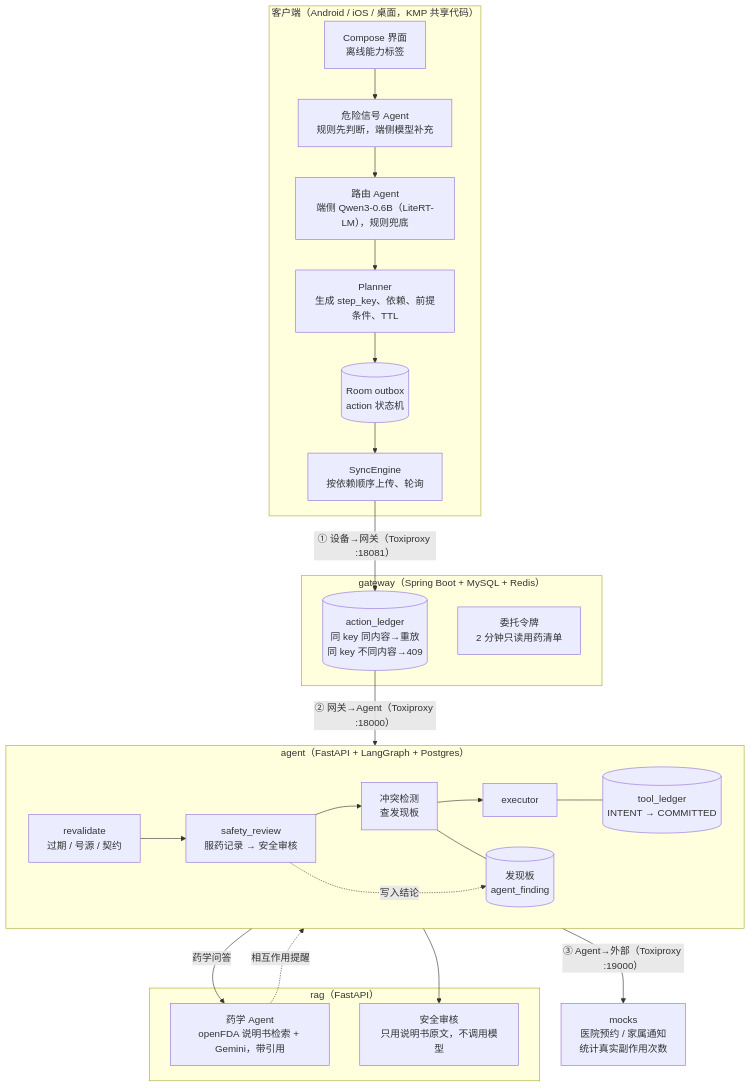
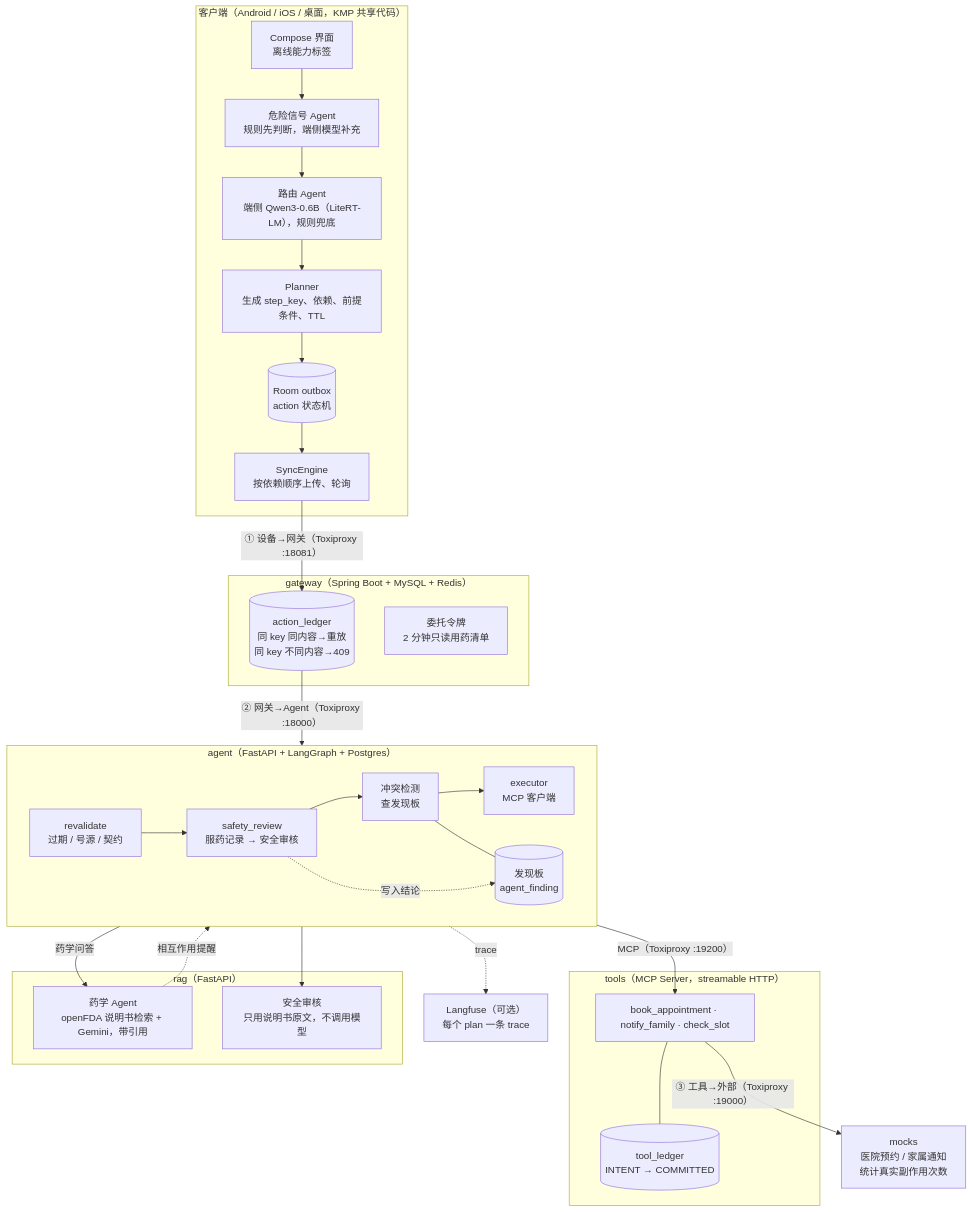
The first of 2 diagrams in docs/architecture.md (HongWangCheang/MedSync), drawn with Mermaid before and after one commit. The commit also changed other lines of this file and 22 other files, not shown here.

First line of the commit message:
executor 经 MCP 调用工具，只执行一次的保证放在工具服务；接入 Langfuse，每个 plan 一条 trace

````diff
--- a/docs/architecture.md
+++ b/docs/architecture.md
@@ -9,41 +9,49 @@
 ```mermaid
 flowchart TB
   subgraph Device["客户端（Android / iOS / 桌面，KMP 共享代码）"]
     UI["Compose 界面<br/>离线能力标签"]
     RF["危险信号 Agent<br/>规则先判断，端侧模型补充"]
     RT["路由 Agent<br/>端侧 Qwen3-0.6B（LiteRT-LM），规则兜底"]
     PL["Planner<br/>生成 step_key、依赖、前提条件、TTL"]
     OB[("Room outbox<br/>action 状态机")]
     SE["SyncEngine<br/>按依赖顺序上传、轮询"]
     UI --> RF --> RT --> PL --> OB --> SE
   end
 
   subgraph GW["gateway（Spring Boot + MySQL + Redis）"]
     AL[("action_ledger<br/>同 key 同内容→重放<br/>同 key 不同内容→409")]
     TK["委托令牌<br/>2 分钟只读用药清单"]
   end
 
   subgraph AG["agent（FastAPI + LangGraph + Postgres）"]
     direction LR
-    RV["revalidate<br/>过期 / 号源 / 契约"] --> SR["safety_review<br/>服药记录 → 安全审核"] --> CF["冲突检测<br/>查发现板"] --> EX["executor"]
-    TL[("tool_ledger<br/>INTENT → COMMITTED")]
+    RV["revalidate<br/>过期 / 号源 / 契约"] --> SR["safety_review<br/>服药记录 → 安全审核"] --> CF["冲突检测<br/>查发现板"] --> EX["executor<br/>MCP 客户端"]
     FB[("发现板<br/>agent_finding")]
-    EX --- TL
     CF --- FB
   end
+
+  subgraph TS["tools（MCP Server，streamable HTTP）"]
+    MT["book_appointment · notify_family · check_slot"]
+    TL[("tool_ledger<br/>INTENT → COMMITTED")]
+    MT --- TL
+  end
+
+  LF["Langfuse（可选）<br/>每个 plan 一条 trace"]
 
   subgraph RAG["rag（FastAPI）"]
     PH["药学 Agent<br/>openFDA 说明书检索 + Gemini，带引用"]
     SA["安全审核<br/>只用说明书原文，不调用模型"]
   end
 
   MK["mocks<br/>医院预约 / 家属通知<br/>统计真实副作用次数"]
 
   SE -- "① 设备→网关（Toxiproxy :18081）" --> AL
   AL -- "② 网关→Agent（Toxiproxy :18000）" --> RV
-  EX -- "③ Agent→外部（Toxiproxy :19000）" --> MK
+  EX -- "MCP（Toxiproxy :19200）" --> MT
+  MT -- "③ 工具→外部（Toxiproxy :19000）" --> MK
+  AG -. "trace" .-> LF
   EX -- "药学问答" --> PH
   SR --> SA
   SR -. "写入结论" .-> FB
   PH -. "相互作用提醒" .-> FB
 ```
````
